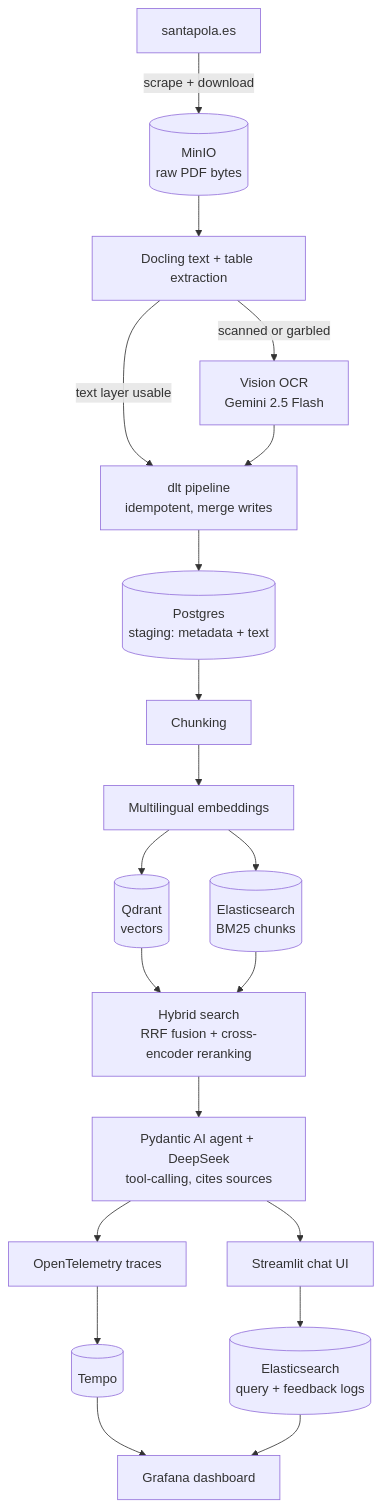
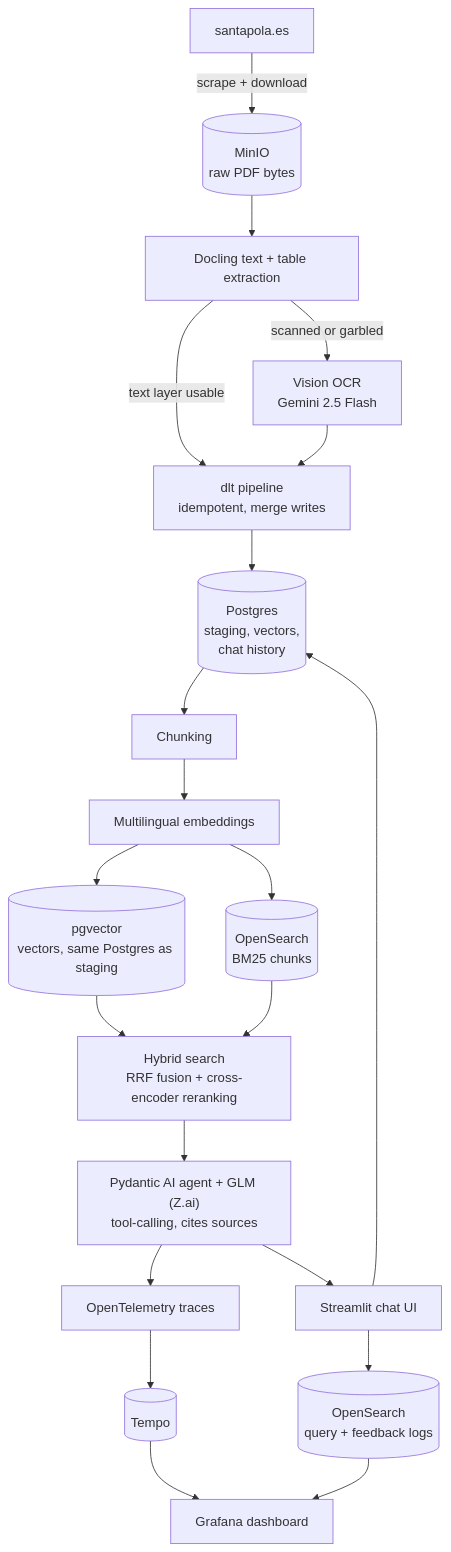
Before and after one commit to pavel-kalmykov/santa-pola-normativa-assistant: the diagram in README.md, drawn with Mermaid. The commit also changed other lines of this file, not shown here.

First line of the commit message:
docs: bring the README up to date with the shipped architecture

````diff
--- a/README.md
+++ b/README.md
@@ -35,22 +35,23 @@
 ```mermaid
 flowchart TD
     A[santapola.es] -->|scrape + download| B[("MinIO<br/>raw PDF bytes")]
     B --> C[Docling text + table extraction]
     C -->|text layer usable| F
     C -->|scanned or garbled| D["Vision OCR<br/>Gemini 2.5 Flash"]
     D --> F[dlt pipeline<br/>idempotent, merge writes]
-    F --> G[("Postgres<br/>staging: metadata + text")]
+    F --> G[("Postgres<br/>staging, vectors,<br/>chat history")]
     G --> H[Chunking]
     H --> I[Multilingual embeddings]
-    I --> J[("Qdrant<br/>vectors")]
-    I --> K[("Elasticsearch<br/>BM25 chunks")]
+    I --> J[("pgvector<br/>vectors, same Postgres as staging")]
+    I --> K[("OpenSearch<br/>BM25 chunks")]
     J --> L["Hybrid search<br/>RRF fusion + cross-encoder reranking"]
     K --> L
-    L --> M["Pydantic AI agent + DeepSeek<br/>tool-calling, cites sources"]
+    L --> M["Pydantic AI agent + GLM (Z.ai)<br/>tool-calling, cites sources"]
     M --> N[Streamlit chat UI]
     M --> O["OpenTelemetry traces"]
     O --> P[("Tempo")]
-    N --> Q[("Elasticsearch<br/>query + feedback logs")]
+    N --> Q[("OpenSearch<br/>query + feedback logs")]
+    N --> G
     P --> R[Grafana dashboard]
     Q --> R
 ```
````
